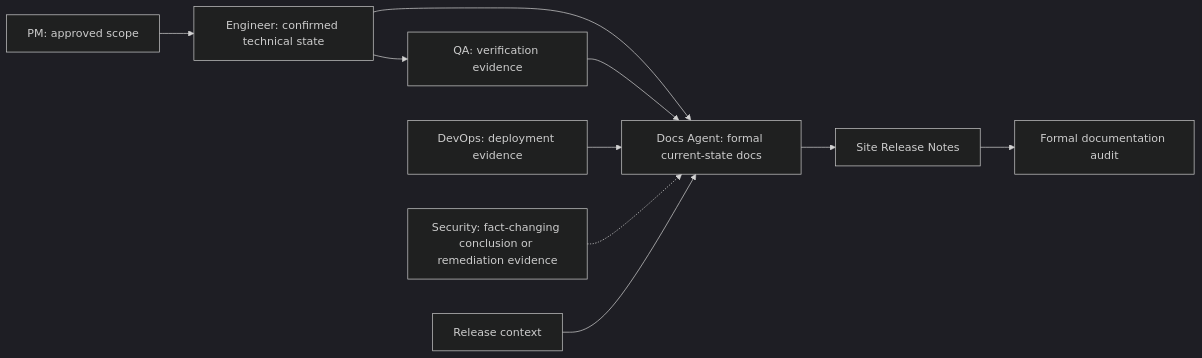
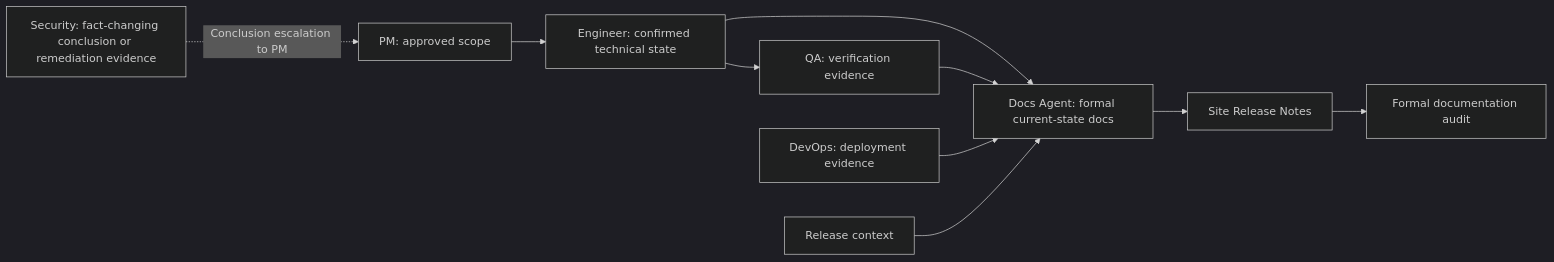
Before and after one commit to Neplich/dev-agent-skills: the diagram in agents/docs/README.md, drawn with Mermaid (dark theme). The commit also changed 8 other files, not shown here.

````diff
--- a/agents/docs/README.md
+++ b/agents/docs/README.md
@@ -71,12 +71,12 @@
 ```mermaid
 flowchart LR
     PM["PM: approved scope"] --> Engineer["Engineer: confirmed technical state"]
     Engineer --> QA["QA: verification evidence"]
     Engineer --> Docs["Docs Agent: formal current-state docs"]
     QA --> Docs
     DevOps["DevOps: deployment evidence"] --> Docs
-    Security["Security: fact-changing conclusion or remediation evidence"] -.-> Docs
+    Security["Security: fact-changing conclusion or remediation evidence"] -. "Conclusion escalation to PM" .-> PM
     Release["Release context"] --> Docs
     Docs --> Notes["Site Release Notes"]
     Notes --> Audit["Formal documentation audit"]
 ```
````
